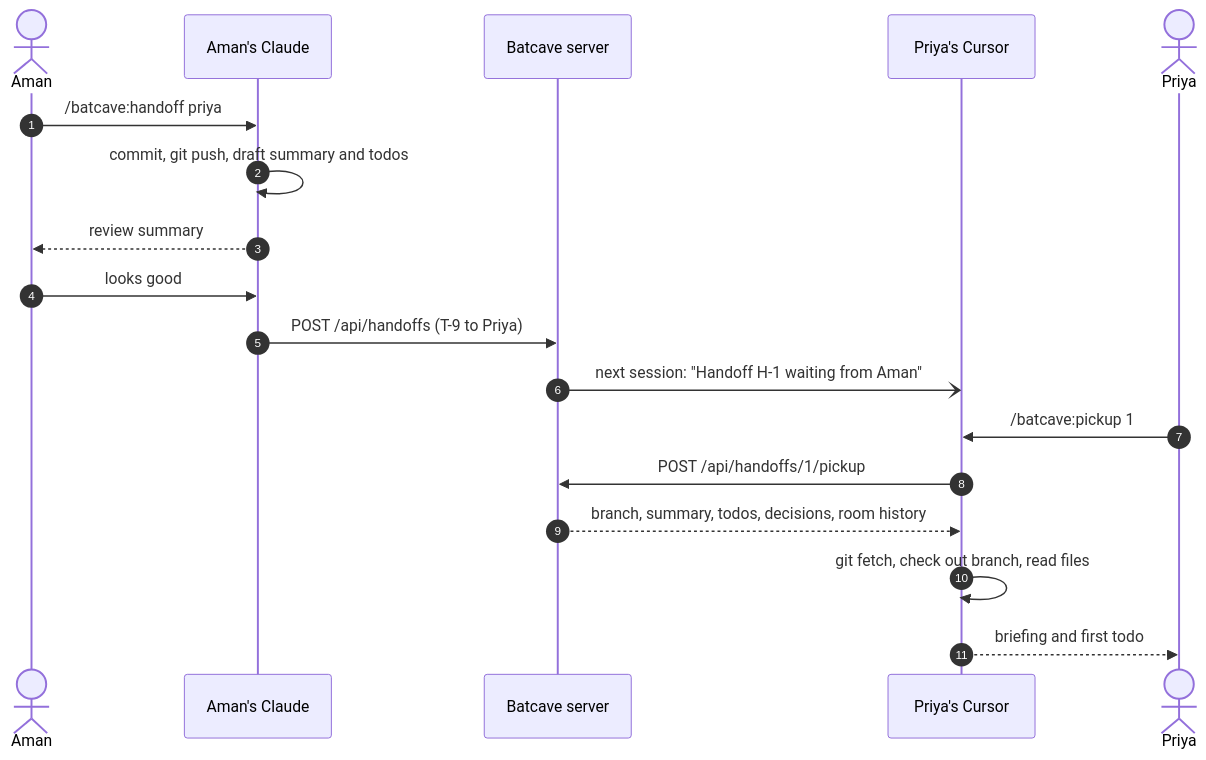
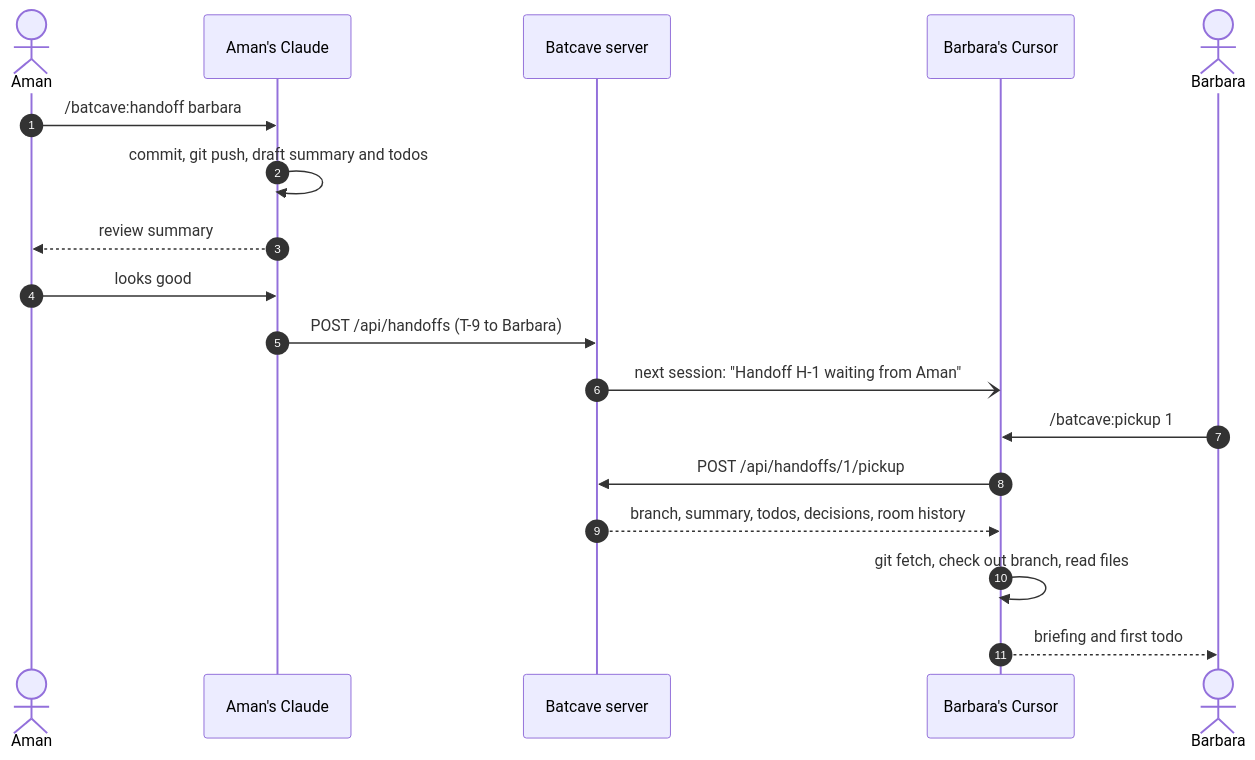
Before and after one commit to solanki-aman/batcave: the fifth of 5 diagrams in docs/walkthrough.md, drawn with Mermaid. The commit also changed other lines of this file and 14 other files, not shown here.

````diff
--- a/docs/walkthrough.md
+++ b/docs/walkthrough.md
@@ -107,21 +107,21 @@
 ```mermaid
 sequenceDiagram
     autonumber
     actor Aman
     participant AC as Aman's Claude
     participant S as Batcave server
-    participant PC as Priya's Cursor
-    actor Priya
+    participant PC as Barbara's Cursor
+    actor Barbara
 
-    Aman->>AC: /batcave:handoff priya
+    Aman->>AC: /batcave:handoff barbara
     AC->>AC: commit, git push, draft summary and todos
     AC-->>Aman: review summary
     Aman->>AC: looks good
-    AC->>S: POST /api/handoffs (T-9 to Priya)
+    AC->>S: POST /api/handoffs (T-9 to Barbara)
     S-)PC: next session: "Handoff H-1 waiting from Aman"
-    Priya->>PC: /batcave:pickup 1
+    Barbara->>PC: /batcave:pickup 1
     PC->>S: POST /api/handoffs/1/pickup
     S-->>PC: branch, summary, todos, decisions, room history
     PC->>PC: git fetch, check out branch, read files
-    PC-->>Priya: briefing and first todo
+    PC-->>Barbara: briefing and first todo
 ```
````
